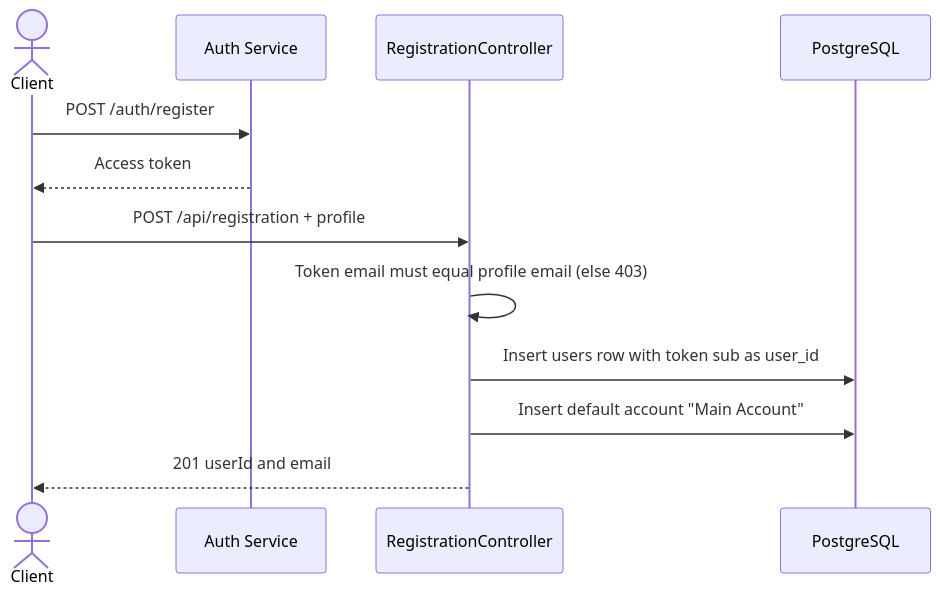
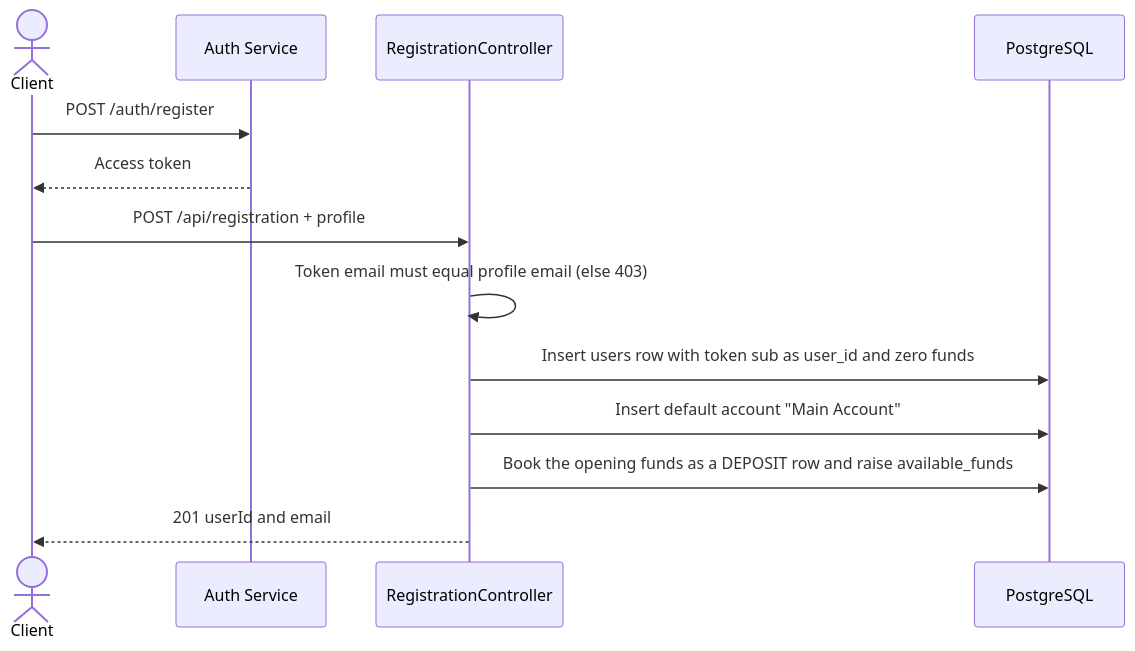
The second of 5 diagrams in apps/holdings-and-trade-service/README.md (seankcheema/trading-season), drawn with Mermaid before and after one commit. The commit also changed other lines of this file and 246 other files, not shown here.

First line of the commit message:
docs: describe the opening deposit and idempotent cash posts, regenerate Holdings and Trade Javadocs

````diff
--- a/apps/holdings-and-trade-service/README.md
+++ b/apps/holdings-and-trade-service/README.md
@@ -103,15 +103,16 @@
 ```mermaid
 sequenceDiagram
     actor Client
     participant Auth as Auth Service
     participant H as RegistrationController
     participant DB as PostgreSQL
 
     Client->>Auth: POST /auth/register
     Auth-->>Client: Access token
     Client->>H: POST /api/registration + profile
     H->>H: Token email must equal profile email (else 403)
-    H->>DB: Insert users row with token sub as user_id
+    H->>DB: Insert users row with token sub as user_id and zero funds
     H->>DB: Insert default account "Main Account"
+    H->>DB: Book the opening funds as a DEPOSIT row and raise available_funds
     H-->>Client: 201 userId and email
 ```
````
